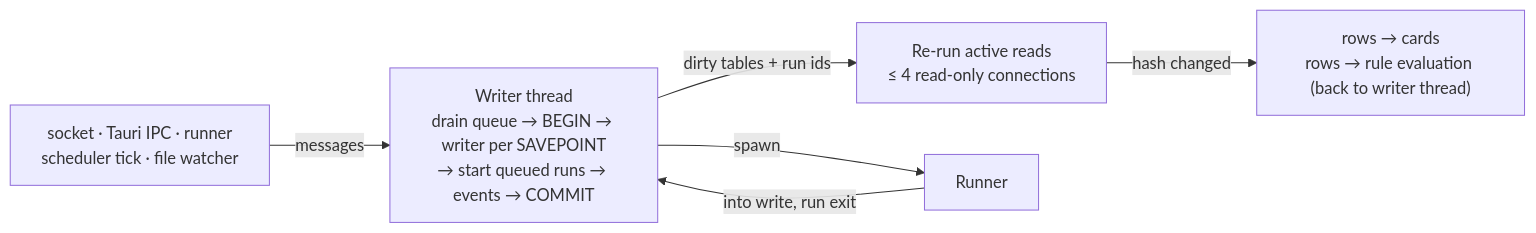
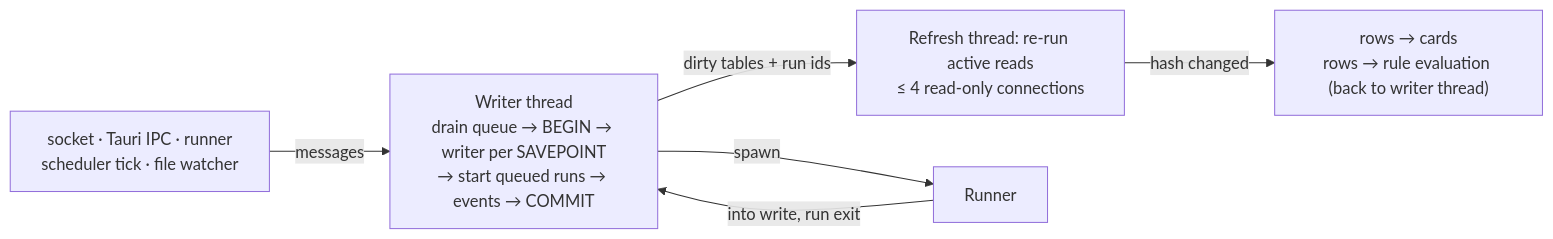
The second of 2 diagrams in architecture.md (guillaume-jones/switchboard), drawn with Mermaid before and after one commit. The commit also changed other lines of this file and 7 other files, not shown here.

First line of the commit message:
Re-run active reads on a refresh thread, so writes never wait on a slow read

````diff
--- a/architecture.md
+++ b/architecture.md
@@ -125,9 +125,9 @@
 ```mermaid
 flowchart LR
   IN["socket · Tauri IPC · runner<br/>scheduler tick · file watcher"] -- "messages" --> WT
   WT["Writer thread<br/>drain queue → BEGIN → writer per SAVEPOINT<br/>→ start queued runs → events → COMMIT"]
-  WT -- "dirty tables + run ids" --> RD["Re-run active reads<br/>≤ 4 read-only connections"]
+  WT -- "dirty tables + run ids" --> RD["Refresh thread: re-run active reads<br/>≤ 4 read-only connections"]
   RD -- "hash changed" --> OUT["rows → cards<br/>rows → rule evaluation (back to writer thread)"]
   WT -- "spawn" --> RUN["Runner"]
   RUN -- "into write, run exit" --> WT
 ```
````
